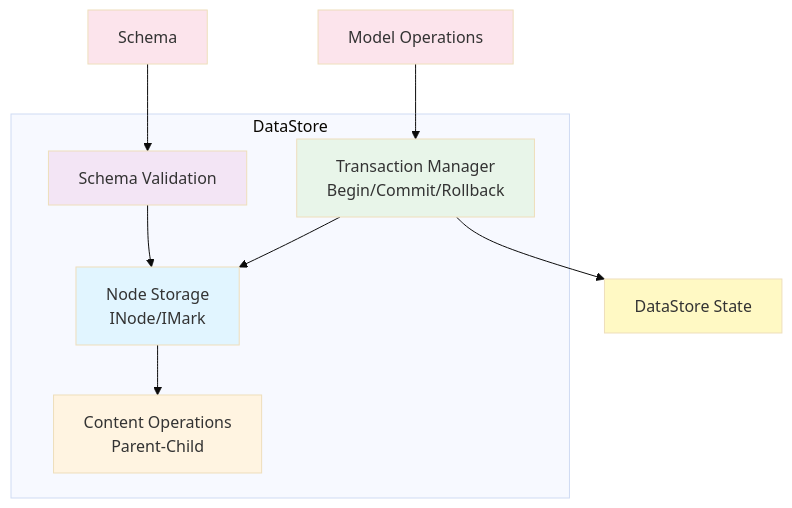
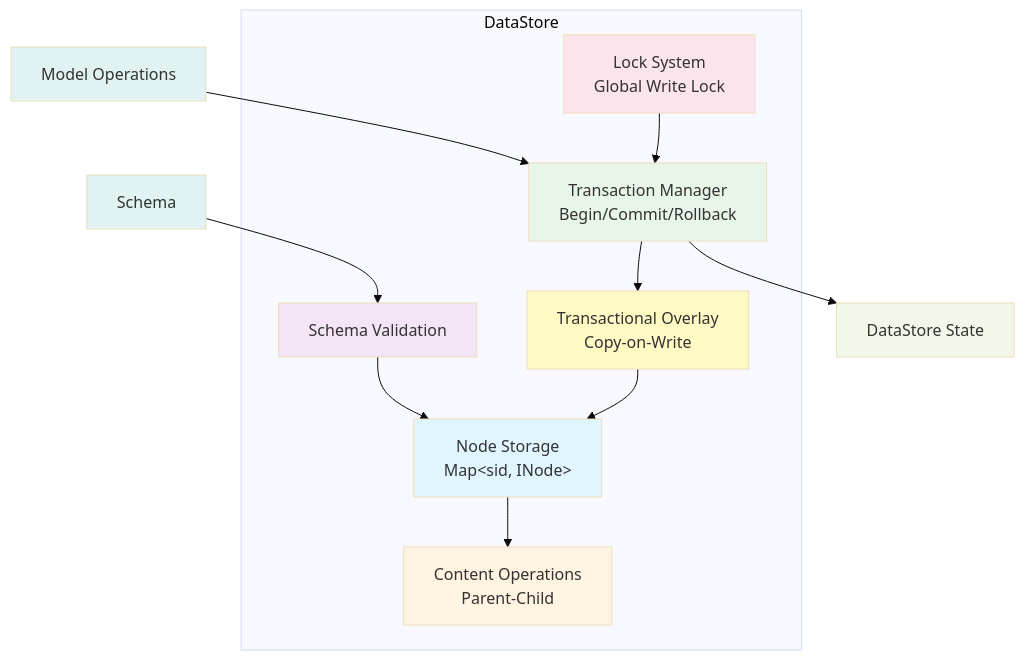
One commit to barocss/barocss-editor changed the first of 6 diagrams in packages/datastore/README.md. Above: the diagram before and after it, drawn with Mermaid (base theme). The commit also changed other lines of this file, not shown here.

Commit message:
Enhance README with detailed explanations of the new Copy-on-Write (COW) overlay mechanism for transactions, including architecture diagrams and usage examples. Added information on the global lock system for concurrent transaction management, improving clarity on transaction lifecycle and benefits.

````diff
--- a/packages/datastore/README.md
+++ b/packages/datastore/README.md
@@ -7,25 +7,31 @@
 ```mermaid
 graph TB
     subgraph "DataStore"
-        A["Node Storage<br/>INode/IMark"]
+        A["Node Storage<br/>Map&lt;sid, INode&gt;"]
         B["Content Operations<br/>Parent-Child"]
         C["Transaction Manager<br/>Begin/Commit/Rollback"]
         D["Schema Validation"]
+        E["Transactional Overlay<br/>Copy-on-Write"]
+        F["Lock System<br/>Global Write Lock"]
     end
     
-    E["Schema"] --> D
+    G["Schema"] --> D
     A --> B
-    C --> A
+    C --> E
+    E --> A
     D --> A
+    F --> C
     
-    F["Model Operations"] --> C
-    C --> G["DataStore State"]
+    H["Model Operations"] --> C
+    C --> I["DataStore State"]
     
     style A fill:#e1f5ff
     style B fill:#fff4e1
     style C fill:#e8f5e9
     style D fill:#f3e5f5
-    style E fill:#fce4ec
+    style E fill:#fff9c4
     style F fill:#fce4ec
-    style G fill:#fff9c4
+    style G fill:#e0f2f1
+    style H fill:#e0f2f1
+    style I fill:#f1f8e9
 ```
````
